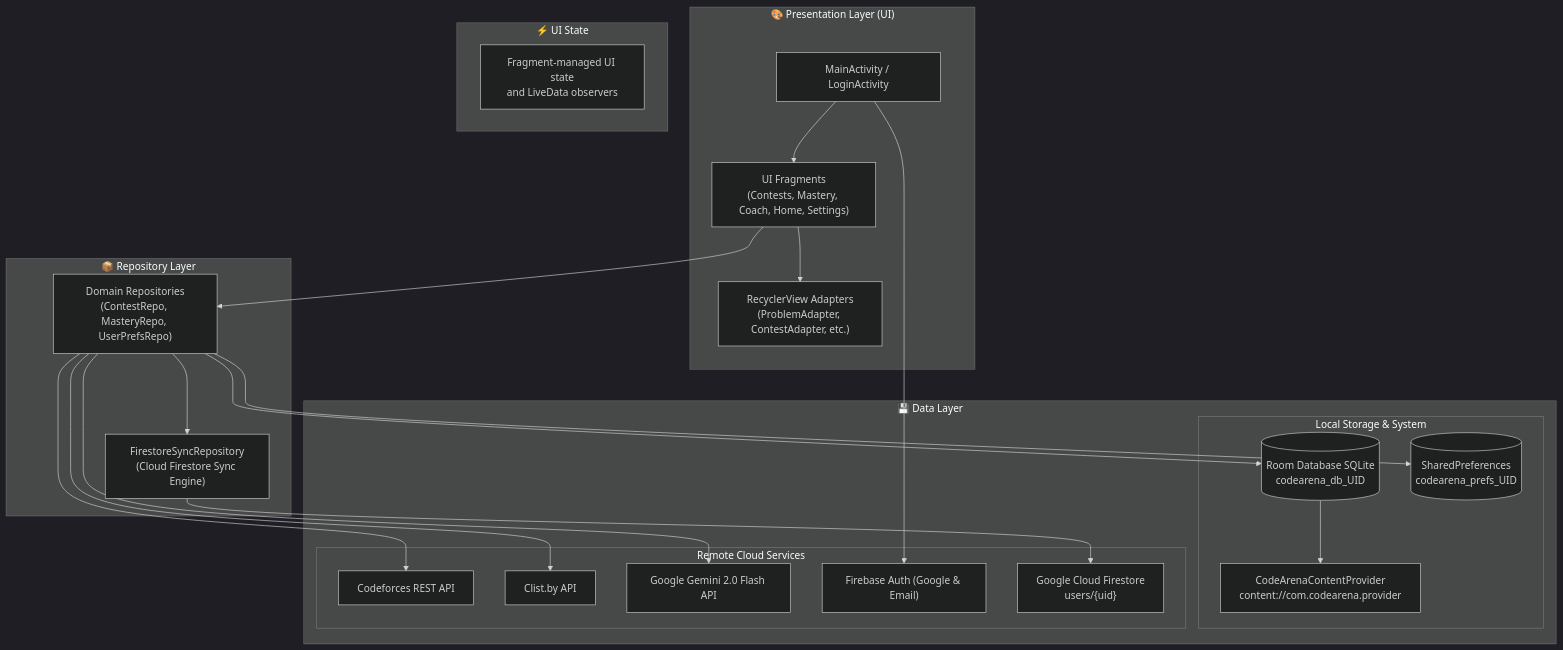
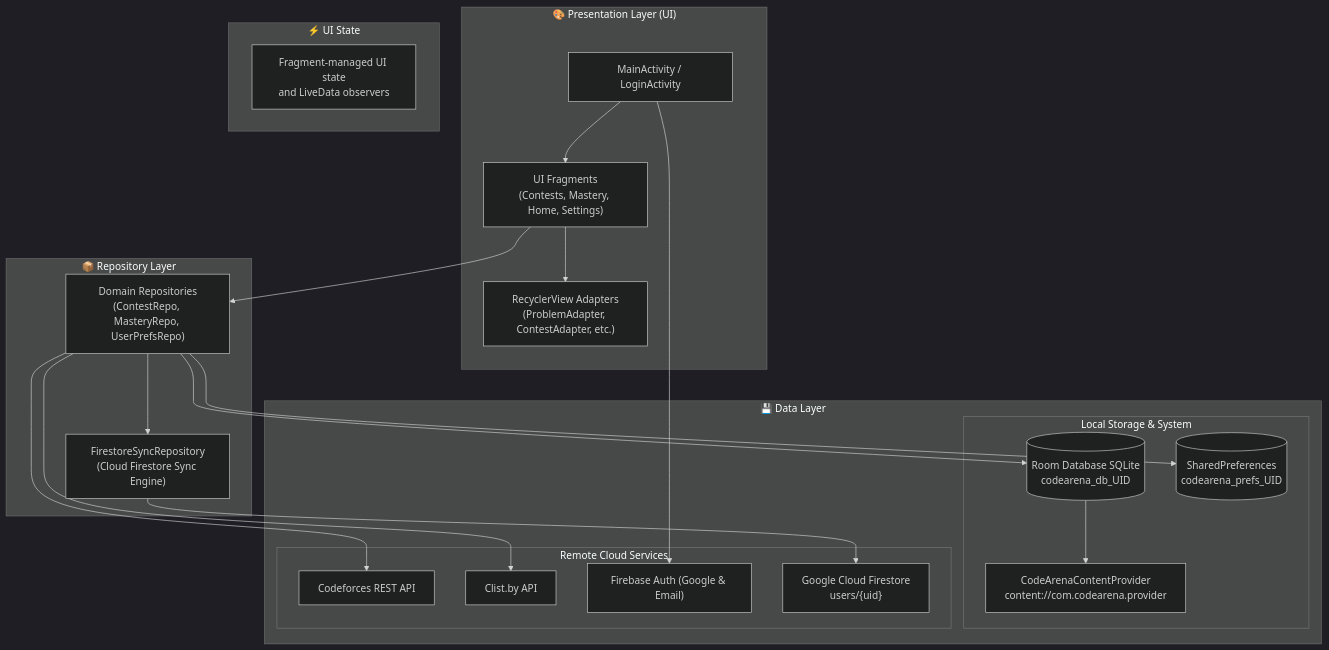
Before and after one commit to MONTASIR-JOY/CodeArena: the diagram in README.md, drawn with Mermaid (dark theme). The commit also changed other lines of this file, not shown here.

````diff
--- a/README.md
+++ b/README.md
@@ -117,45 +108,43 @@
 ```mermaid
 flowchart TD
     subgraph UI ["🎨 Presentation Layer (UI)"]
         Activity["MainActivity / LoginActivity"]
-        Fragments["UI Fragments<br>(Contests, Mastery, Coach, Home, Settings)"]
+        Fragments["UI Fragments<br>(Contests, Mastery, Home, Settings)"]
         Adapters["RecyclerView Adapters<br>(ProblemAdapter, ContestAdapter, etc.)"]
     end
 
     subgraph STATE ["⚡ UI State"]
         UIState["Fragment-managed UI state<br>and LiveData observers"]
     end
 
     subgraph REPO ["📦 Repository Layer"]
         Repositories["Domain Repositories<br>(ContestRepo, MasteryRepo, UserPrefsRepo)"]
         FirestoreSync["FirestoreSyncRepository<br>(Cloud Firestore Sync Engine)"]
     end
 
     subgraph DATA ["💾 Data Layer"]
         subgraph LOCAL ["Local Storage & System"]
             RoomDB[("Room Database SQLite<br>codearena_db_UID")]
             Prefs[("SharedPreferences<br>codearena_prefs_UID")]
             ContentProv["CodeArenaContentProvider<br>content://com.codearena.provider"]
         end
         subgraph REMOTE ["Remote Cloud Services"]
             CF_API["Codeforces REST API"]
             CLIST_API["Clist.by API"]
-            GEMINI_API["Google Gemini 2.0 Flash API"]
             FIREBASE_AUTH["Firebase Auth (Google & Email)"]
             FIRESTORE["Google Cloud Firestore<br>users/{uid}"]
         end
     end
 
     Activity --> Fragments
     Fragments --> Adapters
     Fragments --> Repositories
     Repositories --> RoomDB
     Repositories --> Prefs
     Repositories --> FirestoreSync
     FirestoreSync --> FIRESTORE
     Repositories --> CF_API
     Repositories --> CLIST_API
-    Repositories --> GEMINI_API
     Activity --> FIREBASE_AUTH
     RoomDB --> ContentProv
 ```
````
